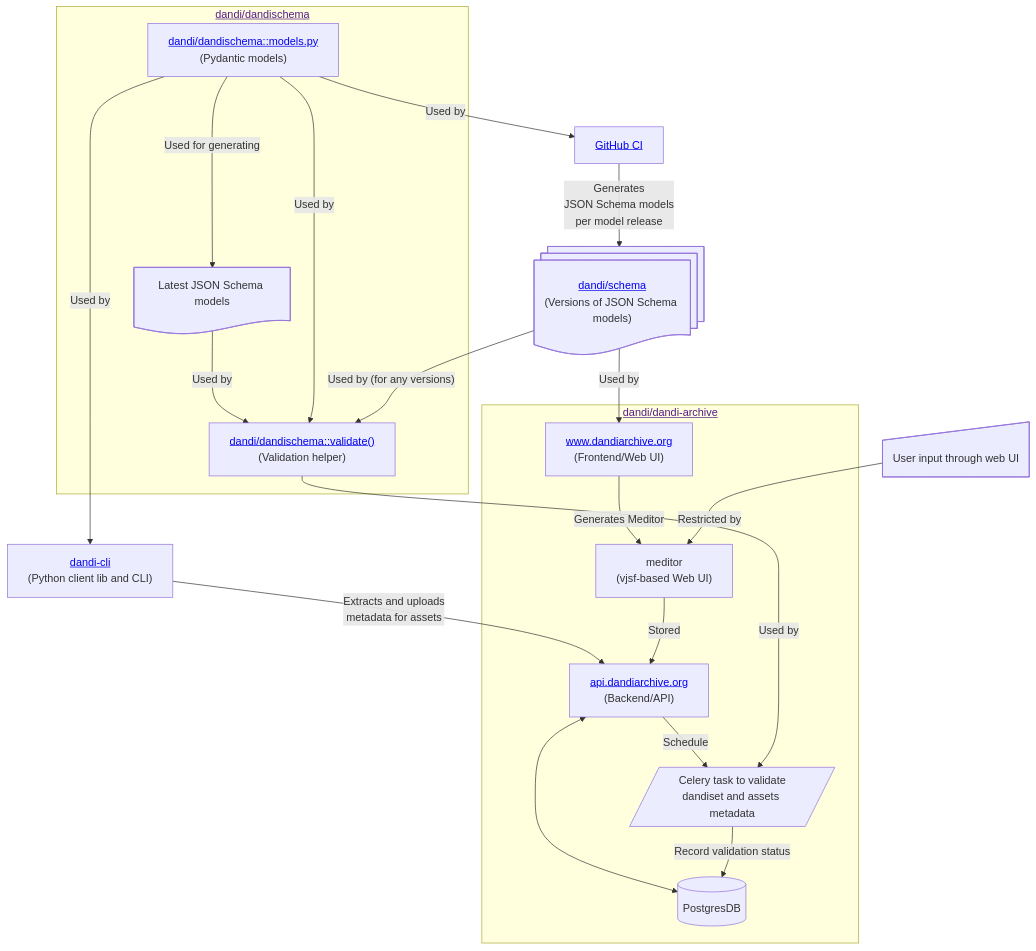
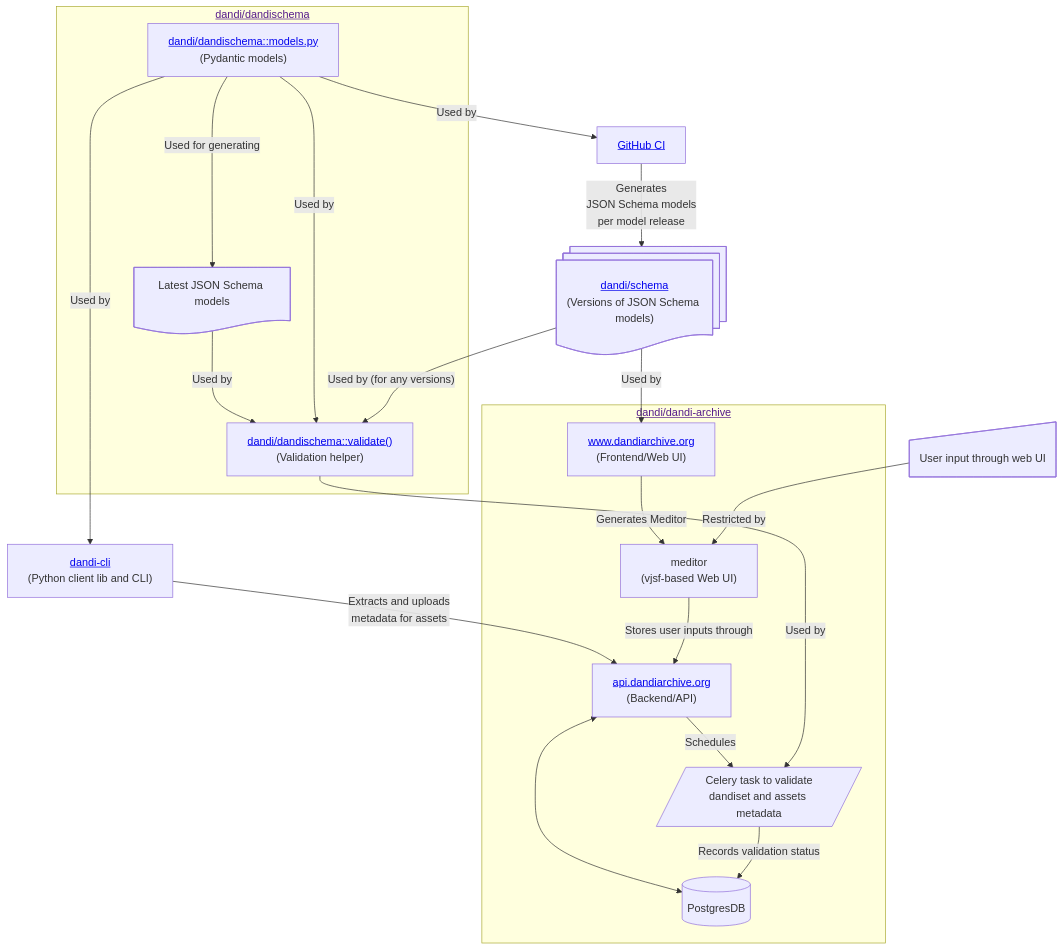
One commit to candleindark/dandi-models-mermaid changed the diagram in dandi-models.mmd. Above: the diagram before and after it, drawn with Mermaid.

Commit message:
Improve edge annotations

```diff
--- a/dandi-models.mmd
+++ b/dandi-models.mmd
@@ -1,55 +1,55 @@
 flowchart TD
     dandi_json["<a href='https://github.com/dandi/schema'>dandi/schema</a><br/>(Versions of JSON Schema models)"]@{ shape: docs }
     dandi_cli["<a href='https://github.com/dandi/dandi-cli'>dandi-cli</a><br/>(Python client lib and CLI)"]
     ci[<a href='https://github.com/dandi/dandi-schema/blob/master/.github/workflows/release.yml'>GitHub CI</a>]
     web_input["User input through web UI"]@{ shape: manual-input }
 
     subgraph "<a href=''>dandi/dandischema</a>"
         %% nodes
         dandi_pydantic["<a href='https://github.com/dandi/dandi-schema/blob/master/dandischema/models.py'>dandi/dandischema::models.py</a><br/>(Pydantic models)"]
         dandi_validate["<a href='https://github.com/dandi/dandi-schema/blob/c3007768e002c9f51ea37b5e6b3628f7f7f20943/dandischema/metadata.py#L195'>dandi/dandischema::validate()</a><br/>(Validation helper)"]
         dandi_json_runtime[Latest JSON Schema models]@{ shape: doc }
 
         %% edges
         dandi_pydantic -->|Used for generating| dandi_json_runtime -->|Used by| dandi_validate
     end
 
     subgraph "<a href=''>dandi/dandi-archive</a>"
         %% nodes
         dandi_archive_db[(PostgresDB)]
         dandi_archive_backend["<a href='https://api.dandiarchive.org'>api.dandiarchive.org</a><br/>(Backend/API)"]
         dandi_archive_frontend["<a href='https://www.dandiarchive.org'>www.dandiarchive.org</a><br/>(Frontend/Web UI)"]
         %% user_input_data["User input data"]@{ shape: manual-input }
         meditor["meditor<br/>(vjsf-based Web UI)"]
         dandi_archive_validate[/Celery task to validate<br/>dandiset and assets metadata/]
     end
 
     dandi_pydantic -->|Used by| ci -->|Generates<br/> JSON Schema models<br/> per model release| dandi_json
 
     %% dandi/dandischema does use JSON schema models during validation
 
     dandi_pydantic -->|Used by| dandi_cli
     dandi_pydantic -->|Used by| dandi_validate
     dandi_json -->|"Used by (for any versions)"| dandi_validate
 
-    dandi_archive_backend --> |Schedule| dandi_archive_validate
+    dandi_archive_backend --> |Schedules| dandi_archive_validate
     dandi_archive_backend <--->  dandi_archive_db
     dandi_validate -->|Used by| dandi_archive_validate
     %%?? dandi_validate -->|Used by| dandi_cli
 
     %% dandi_json -->|Used by| dandi_archive_backend
     dandi_json -->|Used by| dandi_archive_frontend
 
 
     %% datasets[NWB/BIDS]
     %% user_input_data --> |Expressed as| datasets
     %%  datasets --> |Extracts metadata by| dandi_cli
     dandi_cli --> |Extracts and uploads<br/>metadata for assets| dandi_archive_backend
     %% We always upload Asset pyndatic model, but it might be minimally
     %% populated if there was an error while extracting metadata
 
     dandi_archive_frontend --> |Generates Meditor| meditor
     web_input --> | Restricted by| meditor
-    meditor --> |Stored| dandi_archive_backend
+    meditor --> |Stores user inputs through| dandi_archive_backend
 
-    dandi_archive_validate --> |Record validation status| dandi_archive_db
+    dandi_archive_validate --> |Records validation status| dandi_archive_db
```
